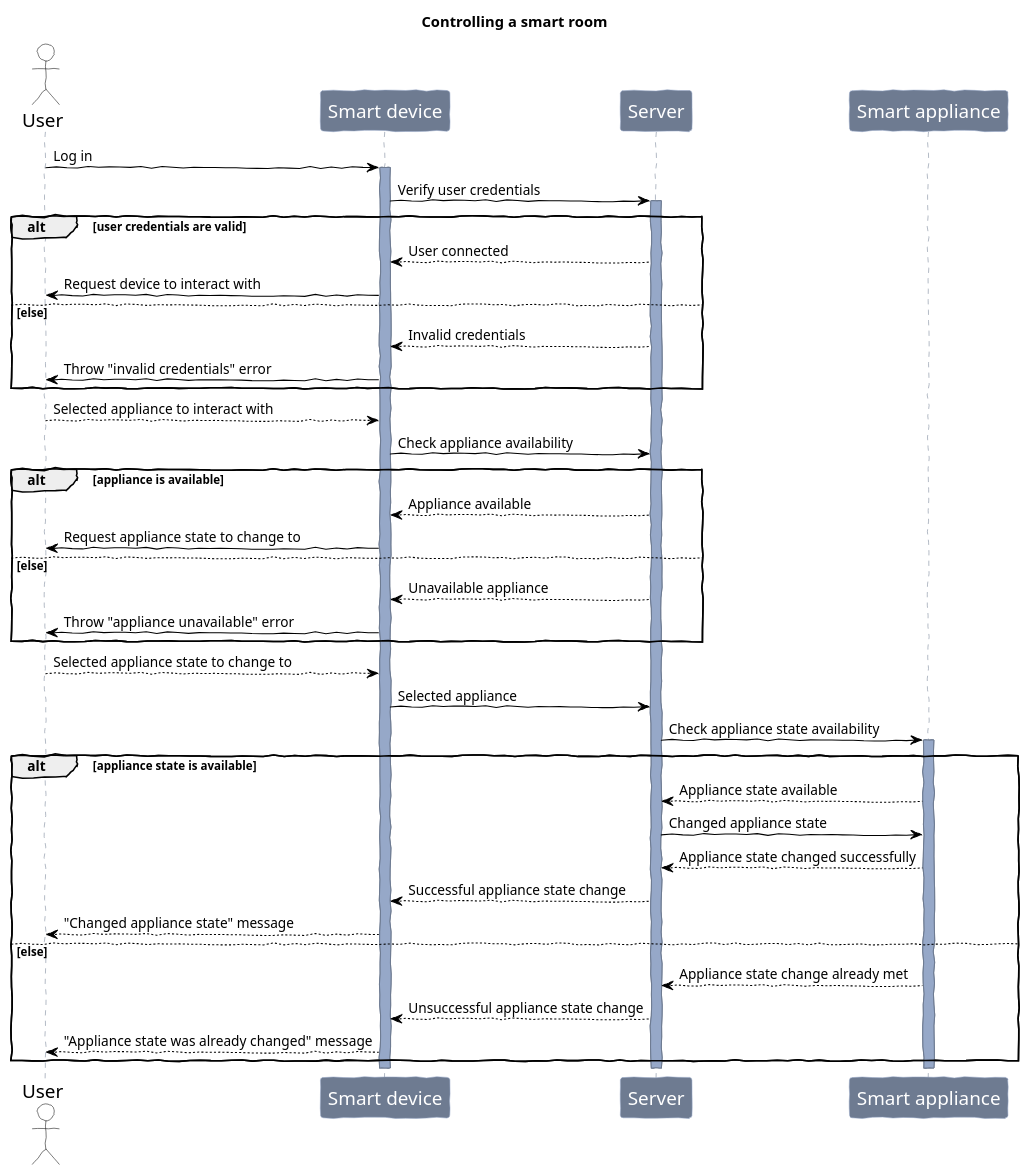
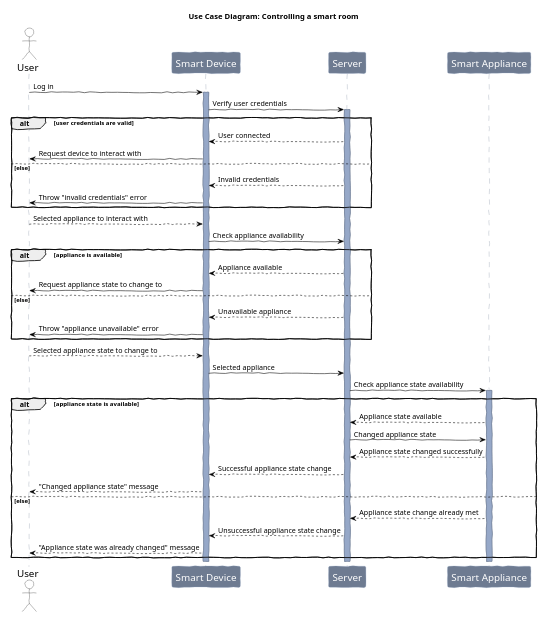
Before and after one commit to mikezamayias/glowing-sniffle: the diagram in Current Courses/Agile Programming/Assignments/Assignment UML/sequence.puml, drawn with PlantUML. The commit also changed 4 other files, not shown here.

```diff
--- a/Current Courses/Agile Programming/Assignments/Assignment UML/sequence.puml
+++ b/Current Courses/Agile Programming/Assignments/Assignment UML/sequence.puml
@@ -1,73 +1,75 @@
 @startuml
 
 skinparam handwritten true
 skinparam DefaultFontName xkcd script
 skinparam packageStyle rectangle
+skinparam Dpi 50
+skinparam backgroundColor #FFFFFF
 
 skinparam sequence{
 	ArrowColor #000000
 	LifeLineBorderColor #6E7B91
 	LifeLineBackgroundColor #96A8C8
 
 	ParticipantBorderColor #96A8C8
 	ParticipantBackgroundColor #6E7B91
 	ParticipantFontSize 18
 	ParticipantFontColor #FFFFFF
 
 	ActorBorderColor #000000
 	ActorBackgroundColor #FFFFFF
 	ActorFontColor #000000
 	ActorFontSize 18
 }
 
-title Controlling a smart room
+title Use Case Diagram: Controlling a smart room
 
 actor "User" as user
-participant "Smart device" as smartDevice
+participant "Smart Device" as smartDevice
 participant "Server" as server
-participant "Smart appliance" as smartAppliance
+participant "Smart Appliance" as smartAppliance
 
 user -> smartDevice : Log in
 activate smartDevice
 
 smartDevice -> server : Verify user credentials
 activate server
 alt user credentials are valid
 	server --> smartDevice : User connected
 	smartDevice -> user : Request device to interact with
 else else
 	server --> smartDevice : Invalid credentials
 	smartDevice -> user : Throw "invalid credentials" error
 end
 user --> smartDevice : Selected appliance to interact with
 
 smartDevice -> server : Check appliance availability
 alt appliance is available
 	server --> smartDevice : Appliance available
 	smartDevice -> user : Request appliance state to change to
 else else
 	server --> smartDevice : Unavailable appliance
 	smartDevice -> user : Throw "appliance unavailable" error
 end
 user --> smartDevice : Selected appliance state to change to
 
 smartDevice -> server : Selected appliance
 server -> smartAppliance : Check appliance state availability
 activate smartAppliance
 alt appliance state is available
 	smartAppliance --> server : Appliance state available
 	server -> smartAppliance : Changed appliance state
 	smartAppliance --> server : Appliance state changed successfully
 	server --> smartDevice : Successful appliance state change
 	smartDevice --> user : "Changed appliance state" message
 else else
 	smartAppliance --> server : Appliance state change already met
 	server --> smartDevice : Unsuccessful appliance state change
 	smartDevice --> user : "Appliance state was already changed" message
 end
 
 deactivate smartAppliance
 deactivate server
 deactivate smartDevice
 
 @enduml
```
